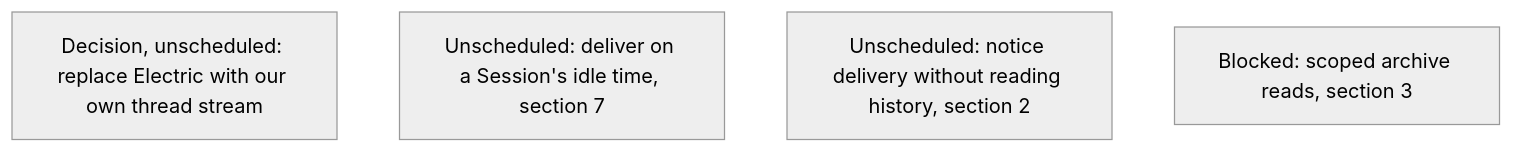
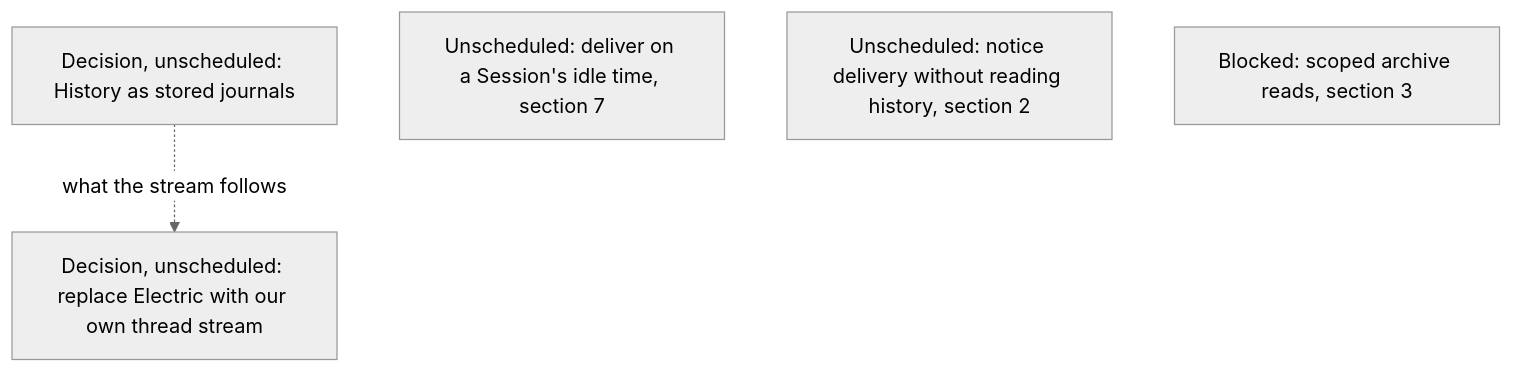
One commit to agentydragon/ducktape changed diagram 12 of 18 in agentplane/plans/task_dag.md. Above: the diagram before and after it, drawn with Mermaid (neutral theme). The commit also changed other lines of this file and 2 other files, not shown here.

First line of the commit message:
agentplane: name Journal and Thread; History-as-journals DAG node

````diff
--- a/agentplane/plans/task_dag.md
+++ b/agentplane/plans/task_dag.md
@@ -2211,7 +2212,9 @@
 ```mermaid
 flowchart TD
+    JOURNAL_REPRESENTATION_DESIGN[Decision, unscheduled: History as stored journals]
     THREAD_SYNC_WITHOUT_ELECTRIC[Decision, unscheduled: replace Electric with our own thread stream]
+    JOURNAL_REPRESENTATION_DESIGN -. what the stream follows .-> THREAD_SYNC_WITHOUT_ELECTRIC
     SESSION_ACTIVITY_STREAM[Unscheduled: deliver on a Session's idle time, section 7]
     NOTIFICATION_COMMAND_OUTCOME_DESIGN[Unscheduled: notice delivery without reading history, section 2]
     THREAD_READ_POLICY[Blocked: scoped archive reads, section 3]
 ```
````
